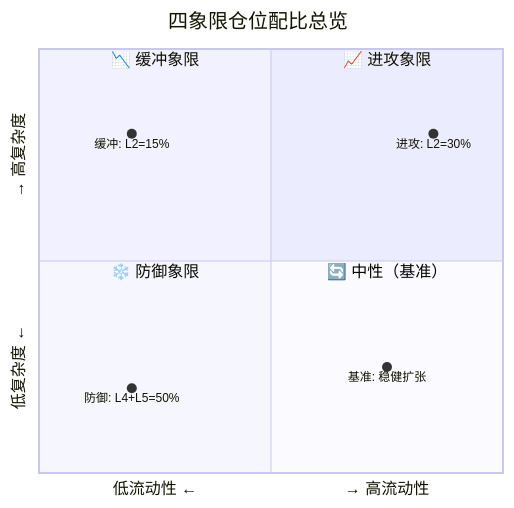
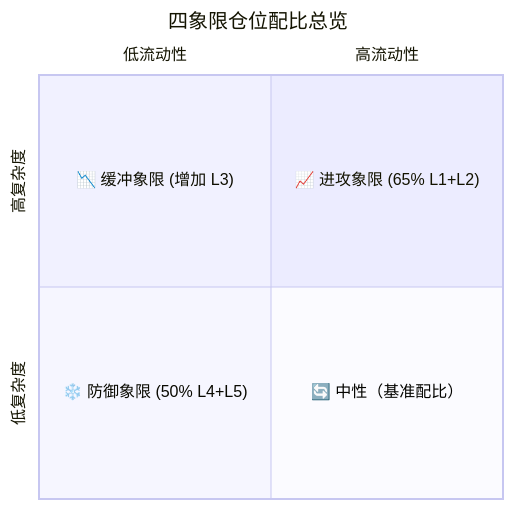
One commit to niuchangsheng/aipt changed the second of 2 diagrams in README.md. Above: the diagram before and after it, drawn with Mermaid. The commit also changed other lines of this file and 1 other file, not shown here.

````diff
--- a/README.md
+++ b/README.md
@@ -166,14 +99,10 @@
 ```mermaid
 quadrantChart
     title 四象限仓位配比总览
-    x-axis "低流动性 ←" --> "→ 高流动性"
-    y-axis "低复杂度 ←" --> "→ 高复杂度"
-    quadrant-1 "📈 进攻象限"
-    quadrant-2 "📉 缓冲象限"
-    quadrant-3 "❄️ 防御象限"
-    quadrant-4 "🔄 中性（基准）"
-    "进攻: L2=30%": [0.85, 0.80]
-    "缓冲: L2=15%": [0.20, 0.80]
-    "防御: L4+L5=50%": [0.20, 0.20]
-    "基准: 稳健扩张": [0.75, 0.25]
+    x-axis "低流动性" --> "高流动性"
+    y-axis "低复杂度" --> "高复杂度"
+    quadrant-1 "📈 进攻象限 (65% L1+L2)"
+    quadrant-2 "📉 缓冲象限 (增加 L3)"
+    quadrant-3 "❄️ 防御象限 (50% L4+L5)"
+    quadrant-4 "🔄 中性（基准配比）"
 ```
````
